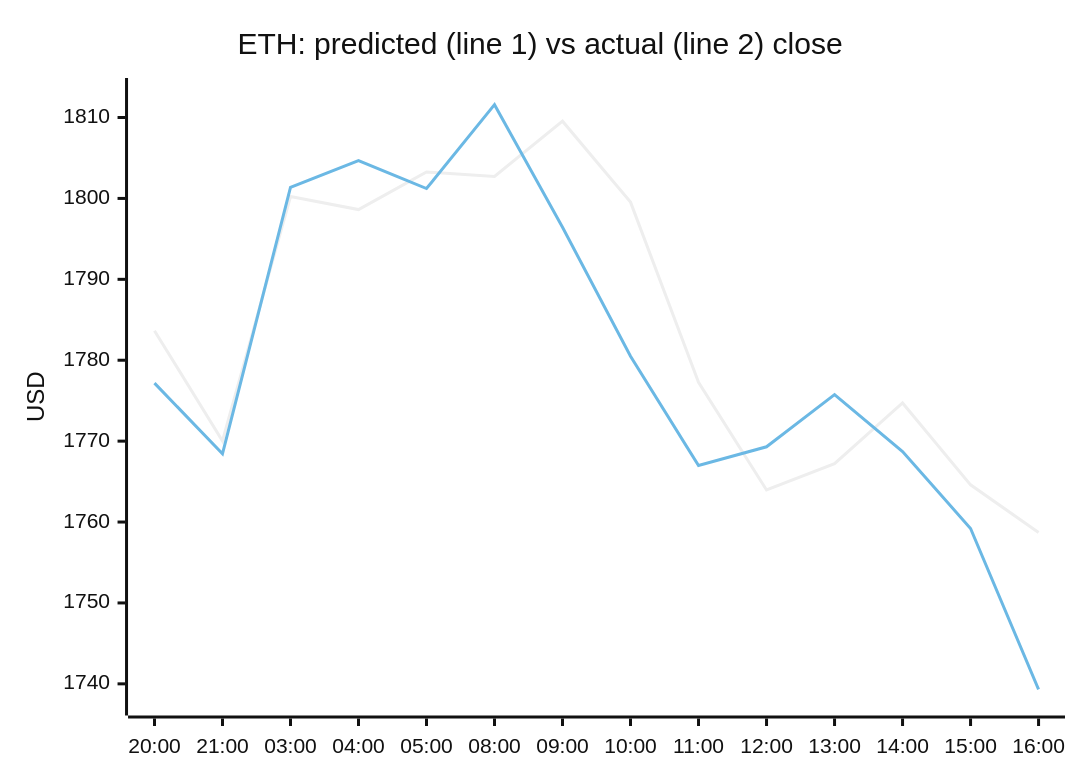
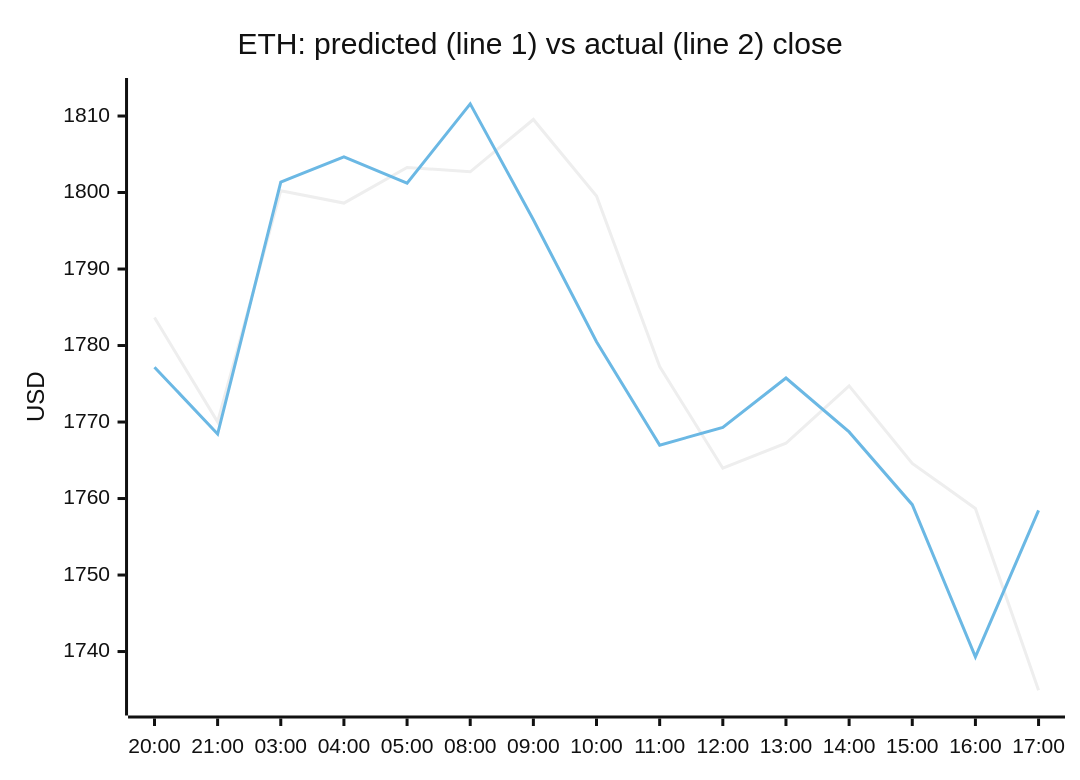
The second of 4 diagrams in README.md (samuelkreitl-wq/crypto-hourly-forecaster), drawn with Mermaid (neutral theme) before and after one commit. The commit also changed other lines of this file and 14 other files, not shown here.

````diff
--- a/README.md
+++ b/README.md
@@ -47,8 +47,8 @@
 ```mermaid
 xychart-beta
     title "ETH: predicted (line 1) vs actual (line 2) close"
-    x-axis ["20:00", "21:00", "03:00", "04:00", "05:00", "08:00", "09:00", "10:00", "11:00", "12:00", "13:00", "14:00", "15:00", "16:00"]
-    y-axis "USD" 1737.5707 --> 1813.4016
-    line [1783.6536, 1770.0216, 1800.2369, 1798.6210, 1803.2721, 1802.7104, 1809.5477, 1799.5438, 1777.2612, 1763.9669, 1767.2241, 1774.7205, 1764.5976, 1758.7069]
-    line [1777.1700, 1768.4400, 1801.3700, 1804.6700, 1801.2200, 1811.5900, 1796.4400, 1780.4900, 1766.9800, 1769.3000, 1775.7500, 1768.7100, 1759.2000, 1739.3100]
+    x-axis ["20:00", "21:00", "03:00", "04:00", "05:00", "08:00", "09:00", "10:00", "11:00", "12:00", "13:00", "14:00", "15:00", "16:00", "17:00"]
+    y-axis "USD" 1733.2077 --> 1813.4016
+    line [1783.6536, 1770.0216, 1800.2369, 1798.6210, 1803.2721, 1802.7104, 1809.5477, 1799.5438, 1777.2612, 1763.9669, 1767.2241, 1774.7205, 1764.5976, 1758.7069, 1734.9427]
+    line [1777.1700, 1768.4400, 1801.3700, 1804.6700, 1801.2200, 1811.5900, 1796.4400, 1780.4900, 1766.9800, 1769.3000, 1775.7500, 1768.7100, 1759.2000, 1739.3100, 1758.4600]
 ```
````
